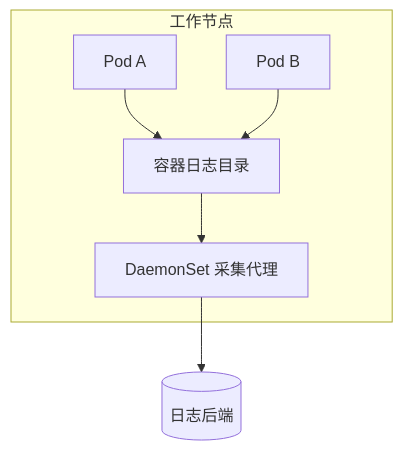
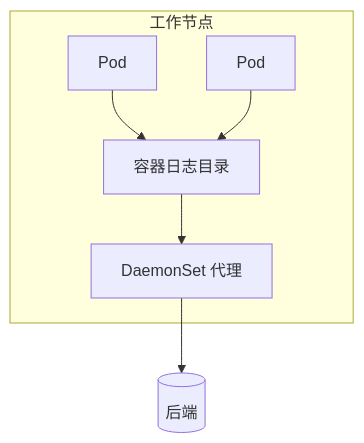
The fourth of 6 diagrams in docs/efk/EFK.md (brinnatt/kubeauto), drawn with Mermaid before and after one commit. The commit also changed other lines of this file and 5 other files, not shown here.

````diff
--- a/docs/efk/EFK.md
+++ b/docs/efk/EFK.md
@@ -98,13 +124,13 @@
 ```mermaid
 flowchart TB
-  subgraph node[工作节点]
-    P1[Pod A]
-    P2[Pod B]
-    LOG[容器日志目录]
-    AGENT[DaemonSet 采集代理]
+  subgraph n[工作节点]
+    P1[Pod]
+    P2[Pod]
+    D[容器日志目录]
+    X[DaemonSet 代理]
   end
-  P1 --> LOG
-  P2 --> LOG
-  LOG --> AGENT
-  AGENT --> BACK[(日志后端)]
+  P1 --> D
+  P2 --> D
+  D --> X
+  X --> BK[(后端)]
 ```
````
